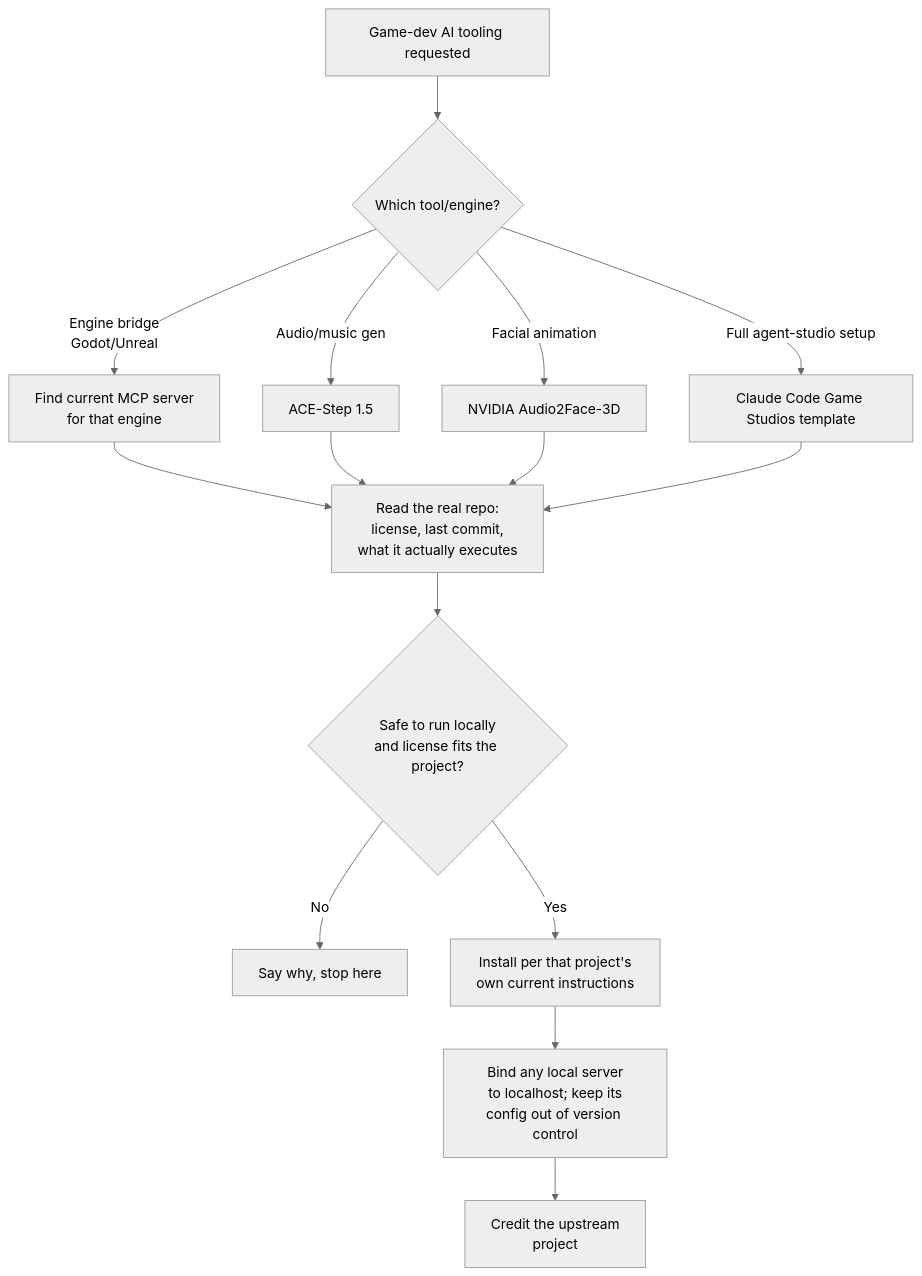
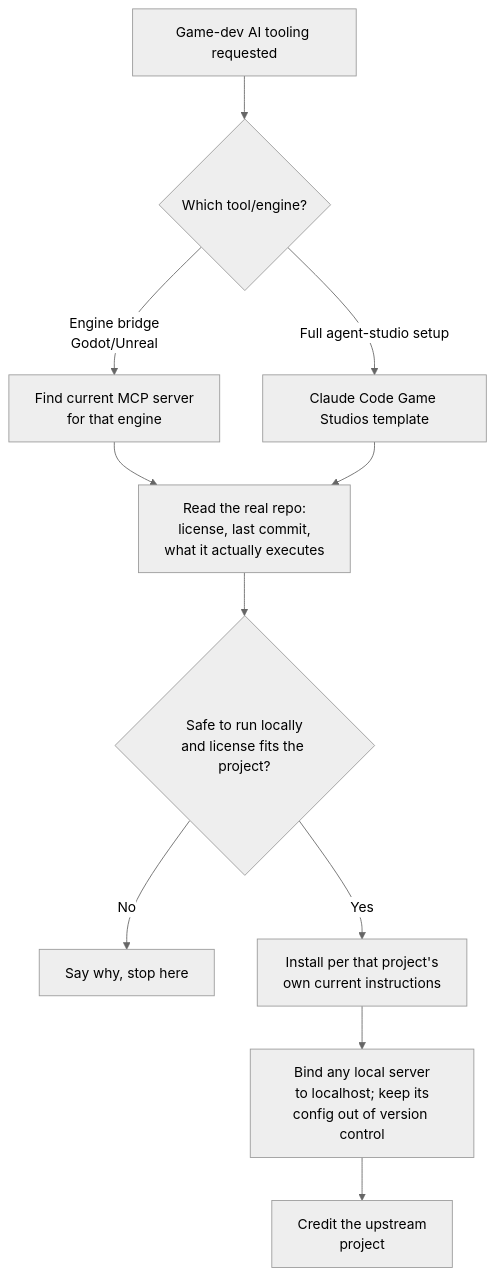
One commit to chiragmangaldev3112/agent-playbooks changed diagram 38 of 42 in FLOWS.md. Above: the diagram before and after it, drawn with Mermaid (neutral theme). The commit also changed 6 other files, not shown here.

First line of the commit message:
Drop ACE-Step 1.5 / NVIDIA Audio2Face-3D references (1.48.1); sync docs

````diff
--- a/FLOWS.md
+++ b/FLOWS.md
@@ -749,17 +749,13 @@
 ```mermaid
 flowchart TD
     A[Game-dev AI tooling requested] --> B{Which tool/engine?}
     B -->|Engine bridge\nGodot/Unreal| C[Find current MCP server\nfor that engine]
-    B -->|Audio/music gen| D[ACE-Step 1.5]
-    B -->|Facial animation| E[NVIDIA Audio2Face-3D]
     B -->|Full agent-studio setup| F[Claude Code Game Studios template]
     C --> G[Read the real repo:\nlicense, last commit,\nwhat it actually executes]
-    D --> G
-    E --> G
     F --> G
     G --> H{Safe to run locally\nand license fits the project?}
     H -->|No| I[Say why, stop here]
     H -->|Yes| J[Install per that project's\nown current instructions]
     J --> K[Bind any local server\nto localhost; keep its\nconfig out of version control]
     K --> L[Credit the upstream\nproject]
 ```
````
